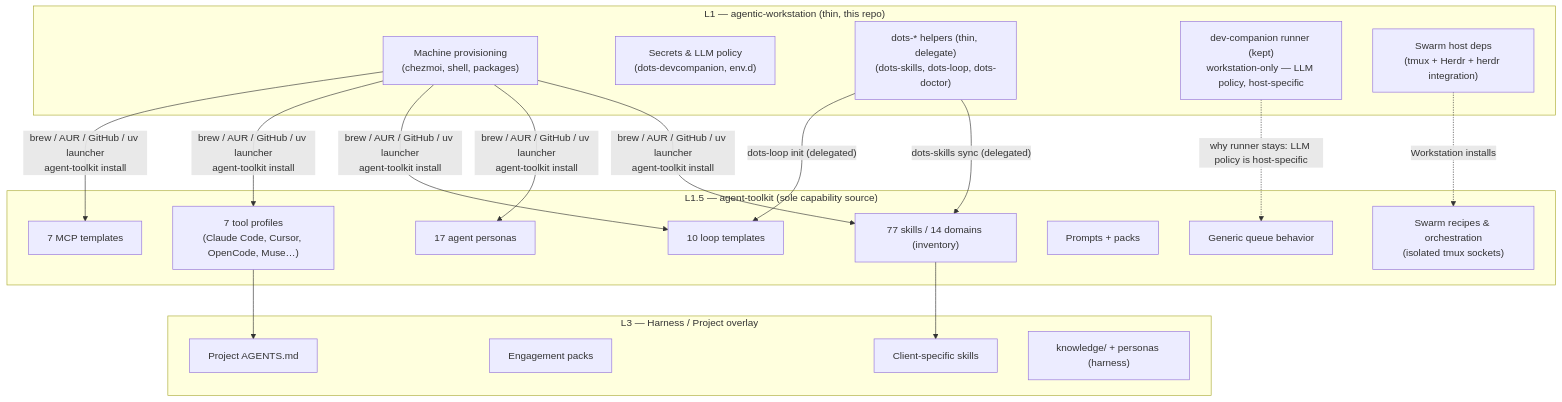
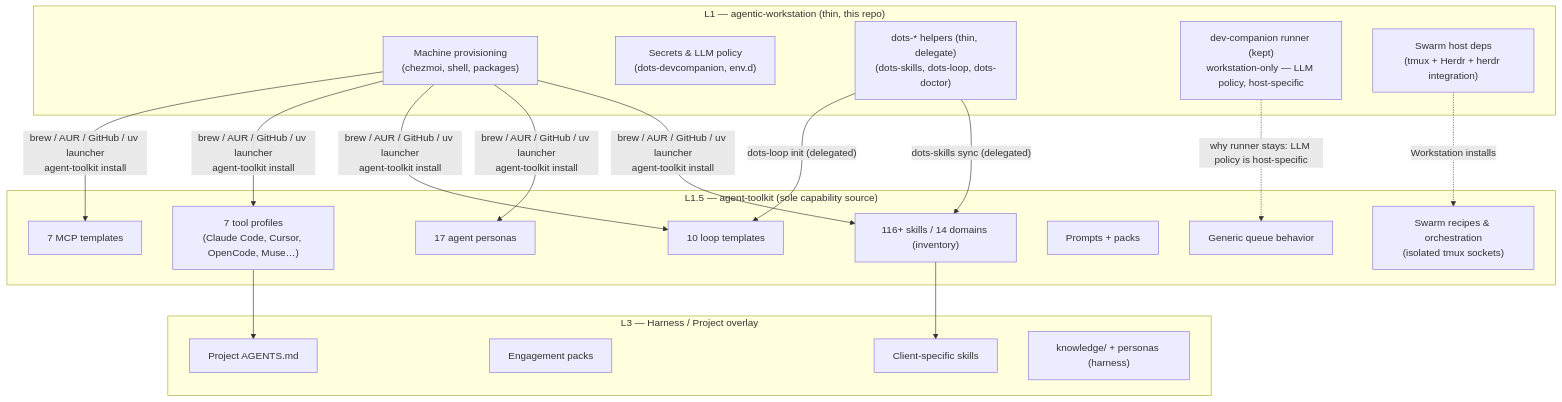
One commit to ulises-jeremias/agentic-workstation changed the second of 2 diagrams in docs/ARCHITECTURE.md. Above: the diagram before and after it, drawn with Mermaid. The commit also changed other lines of this file and 26 other files, not shown here.

````diff
--- a/docs/ARCHITECTURE.md
+++ b/docs/ARCHITECTURE.md
@@ -68,40 +68,40 @@
 ```mermaid
 graph TD
     subgraph "L1 — agentic-workstation (thin, this repo)"
         AW1["Machine provisioning<br/>(chezmoi, shell, packages)"]
         AW2["Secrets & LLM policy<br/>(dots-devcompanion, env.d)"]
         AW3["dots-* helpers (thin, delegate)<br/>(dots-skills, dots-loop, dots-doctor)"]
         AW4["dev-companion runner (kept)<br/>workstation-only — LLM policy, host-specific"]
         AW5["Swarm host deps<br/>(tmux + Herdr + herdr integration)"]
     end
 
     subgraph "L1.5 — agent-toolkit (sole capability source)"
-        AT1["77 skills / 14 domains (inventory)"]
+        AT1["116+ skills / 14 domains (inventory)"]
         AT2["17 agent personas"]
         AT3["10 loop templates"]
         AT4["7 tool profiles<br/>(Claude Code, Cursor, OpenCode, Muse…)"]
         AT5["7 MCP templates"]
         AT6["Prompts + packs"]
         AT7["Swarm recipes & orchestration<br/>(isolated tmux sockets)"]
         AT8["Generic queue behavior"]
     end
 
     subgraph "L3 — Harness / Project overlay"
         PO1["Project AGENTS.md"]
         PO2["Engagement packs"]
         PO3["Client-specific skills"]
         PO4["knowledge/ + personas (harness)"]
     end
 
     AW1 -->|"brew / AUR / GitHub / uv launcher<br/>agent-toolkit install"| AT1
     AW1 -->|"brew / AUR / GitHub / uv launcher<br/>agent-toolkit install"| AT2
     AW1 -->|"brew / AUR / GitHub / uv launcher<br/>agent-toolkit install"| AT3
     AW1 -->|"brew / AUR / GitHub / uv launcher<br/>agent-toolkit install"| AT4
     AW1 -->|"brew / AUR / GitHub / uv launcher<br/>agent-toolkit install"| AT5
     AW5 -.->|"Workstation installs"| AT7
     AW3 -->|"dots-skills sync (delegated)"| AT1
     AW3 -->|"dots-loop init (delegated)"| AT3
     AW4 -.->|"why runner stays: LLM policy is host-specific"| AT8
     AT1 --> PO3
     AT4 --> PO1
 ```
````
